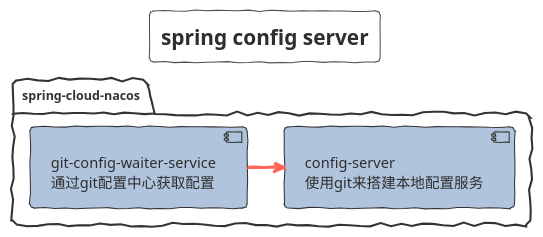
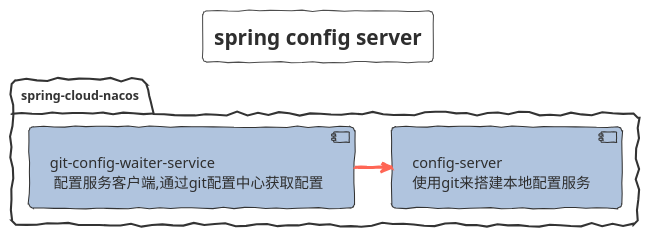
Before and after one commit to FantasybabyChange/springStudyProject: the diagram in spring-config-server/Module.puml, drawn with PlantUML. The commit also changed 82 other files, not shown here.

```diff
--- a/spring-config-server/Module.puml
+++ b/spring-config-server/Module.puml
@@ -1,27 +1,27 @@
 @startuml SPRING_CONFIG_SERVER
 !theme sketchy-outline
 title spring config server
 skinparam interface {
 }
 skinparam component {
    backgroundColor LightSteelBlue
    FontSize 14
    ArrowFontSize 14
    ArrowFontColor #777777
    ArrowColor #FF6655
 }
 
 package "spring-cloud-nacos"{
    component   cs[
    config-server
    使用git来搭建本地配置服务
    ]
    component gcws[
    git-config-waiter-service
-   通过git配置中心获取配置
+    配置服务客户端,通过git配置中心获取配置
    ]
    gcws -> cs
 }
 
 
 @enduml
```
